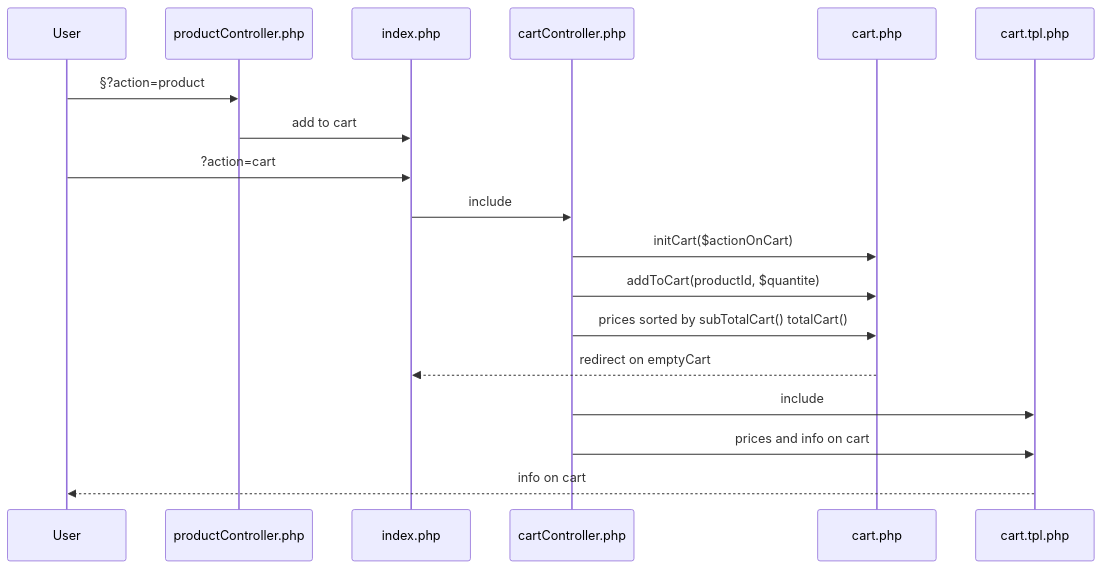
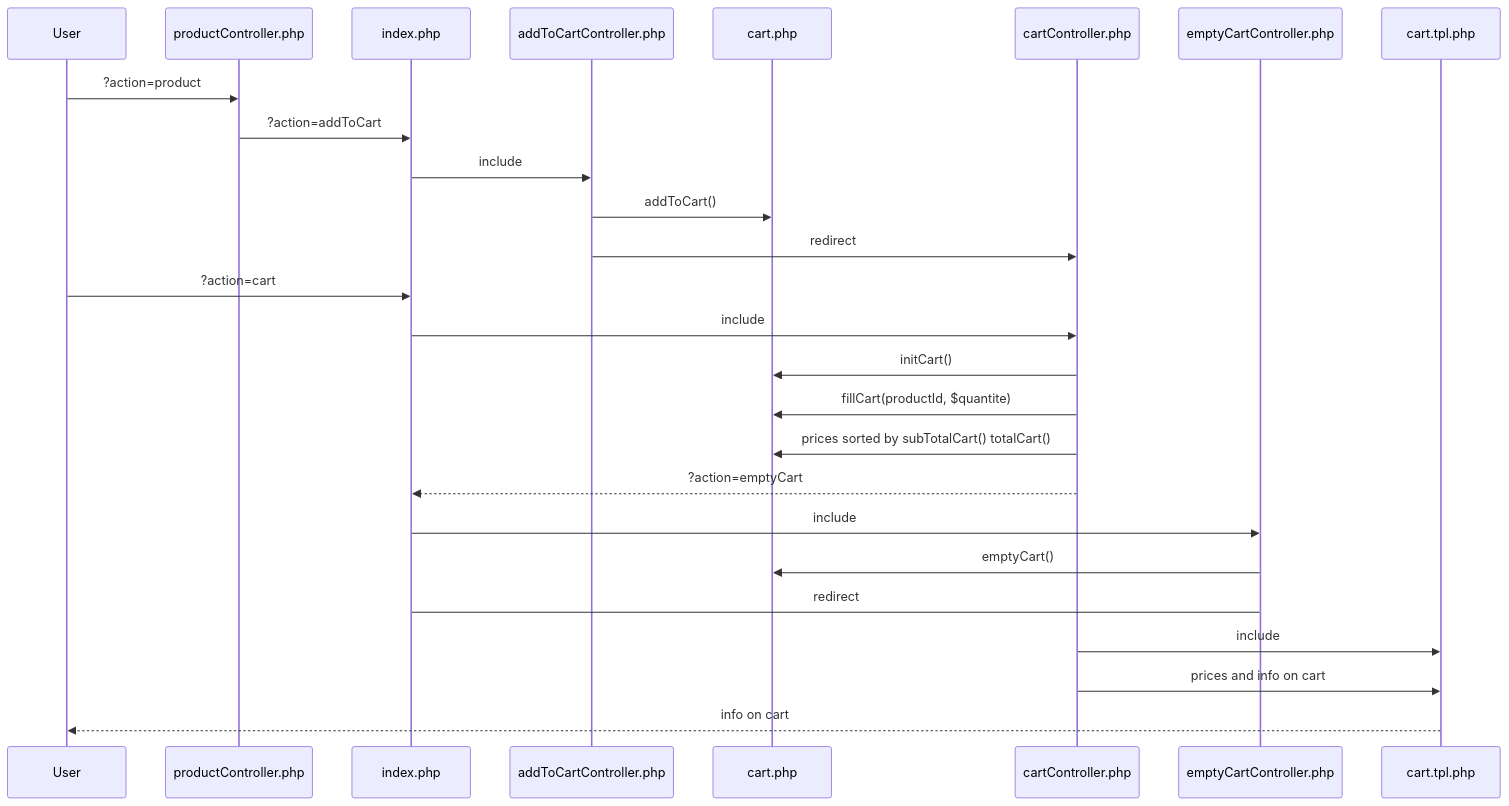
The second of 2 diagrams in doc/diagram.md (AugustinPech/cours_PHP_Boutique), drawn with Mermaid before and after one commit. The commit also changed other lines of this file and 4 other files, not shown here.

````diff
--- a/doc/diagram.md
+++ b/doc/diagram.md
@@ -50,16 +49,21 @@
 ```mermaid
 sequenceDiagram
 
-	User->>productController.php: §?action=product
-	productController.php->>index.php: add to cart
+	User->>productController.php: ?action=product
+	productController.php->>index.php: ?action=addToCart
+	index.php ->> addToCartController.php:include
+	addToCartController.php->>cart.php: addToCart()
+	addToCartController.php->>cartController.php:redirect
 	    User->>index.php: ?action=cart
     index.php->>cartController.php: include
-    cartController.php->>cart.php: initCart($actionOnCart)
-
-    cartController.php->>cart.php: addToCart(productId, $quantite)
+    cartController.php->>cart.php: initCart()
+    cartController.php->>cart.php: fillCart(productId, $quantite)
 	cartController.php->>cart.php: prices sorted by subTotalCart() totalCart()
-	    cart.php-->>index.php: redirect on emptyCart
+	    cartController.php-->> index.php: ?action=emptyCart
+		index.php->>emptyCartController.php: include
+		emptyCartController.php->> cart.php : emptyCart()
+		emptyCartController.php->index.php: redirect
     cartController.php->>cart.tpl.php: include
     cartController.php->>cart.tpl.php: prices and info on cart
     cart.tpl.php -->>User: info on cart
 ```
````
